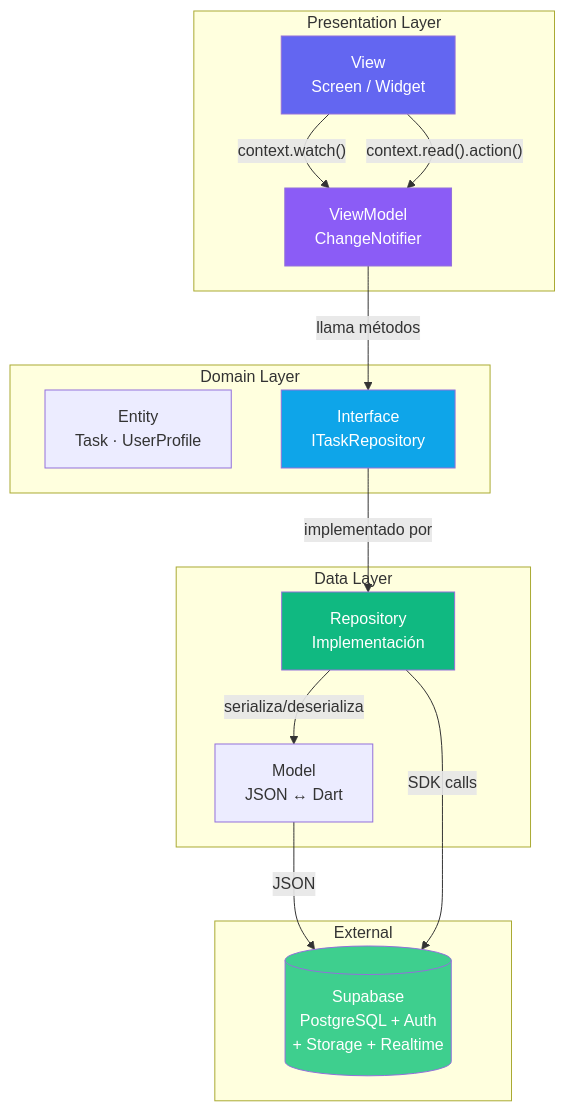
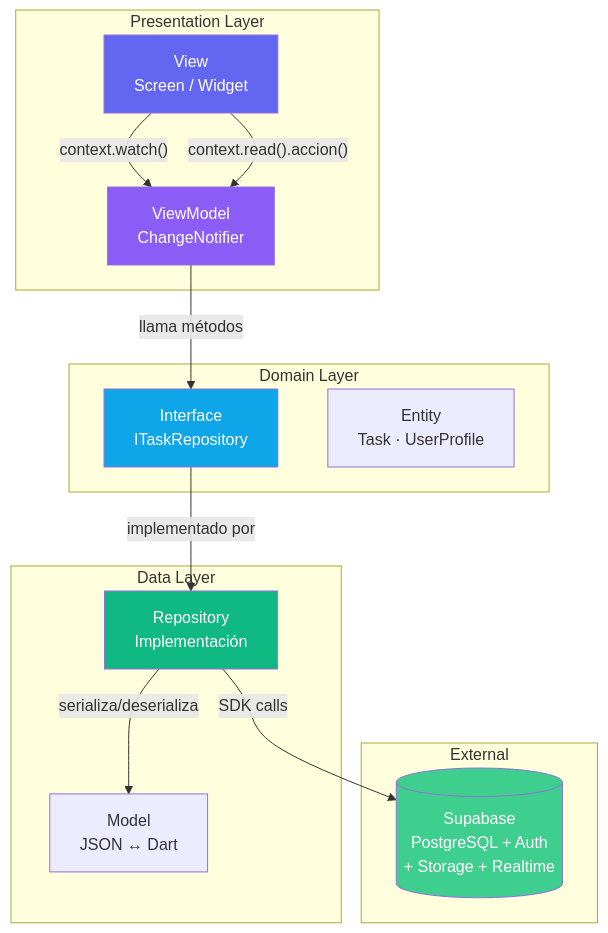
Before and after one commit to sergiodev3/flutter_supabase_app_proyectos: the first of 3 diagrams in README.md, drawn with Mermaid. The commit also changed other lines of this file, not shown here.

````diff
--- a/README.md
+++ b/README.md
@@ -22,35 +27,31 @@
 ```mermaid
 graph TD
     subgraph "Presentation Layer"
-        V[View\nScreen / Widget]
-        VM[ViewModel\nChangeNotifier]
+        V["View\nScreen / Widget"]
+        VM["ViewModel\nChangeNotifier"]
     end
-
     subgraph "Domain Layer"
-        E[Entity\nTask · UserProfile]
-        IR[Interface\nITaskRepository]
+        IR["Interface\nITaskRepository"]
+        E["Entity\nTask · UserProfile"]
     end
-
     subgraph "Data Layer"
-        R[Repository\nImplementación]
-        M[Model\nJSON ↔ Dart]
+        R["Repository\nImplementación"]
+        M["Model\nJSON ↔ Dart"]
     end
-
     subgraph "External"
-        SB[(Supabase\nPostgreSQL + Auth\n+ Storage + Realtime)]
+        SB[("Supabase\nPostgreSQL + Auth\n+ Storage + Realtime")]
     end
 
     V -- "context.watch()" --> VM
-    V -- "context.read().action()" --> VM
+    V -- "context.read().accion()" --> VM
     VM -- "llama métodos" --> IR
     IR -- "implementado por" --> R
     R -- "serializa/deserializa" --> M
-    M -- "JSON" --> SB
     R -- "SDK calls" --> SB
 
-    style V fill:#6366F1,color:#fff
+    style V  fill:#6366F1,color:#fff
     style VM fill:#8B5CF6,color:#fff
     style IR fill:#0EA5E9,color:#fff
-    style R fill:#10B981,color:#fff
+    style R  fill:#10B981,color:#fff
     style SB fill:#3ECF8E,color:#fff
 ```
````
